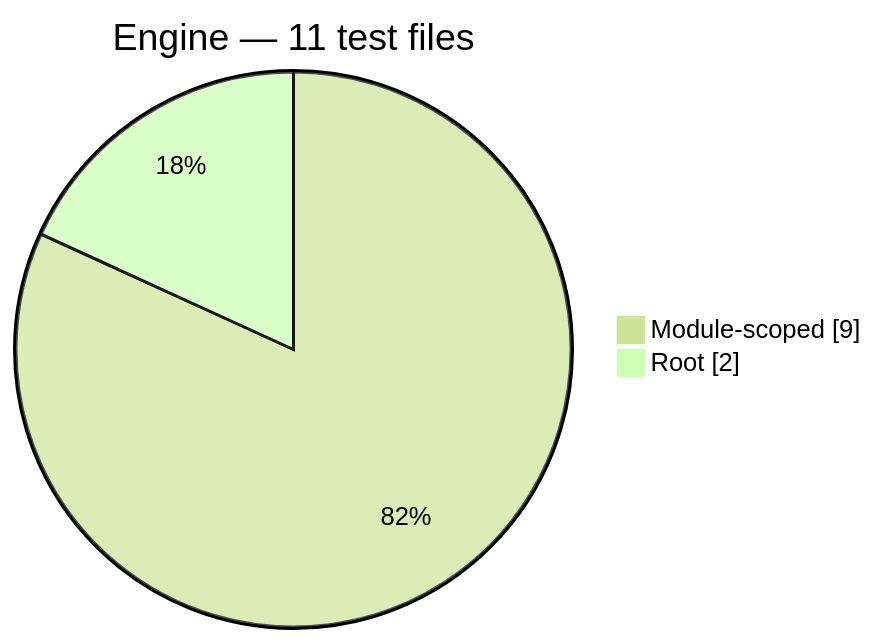
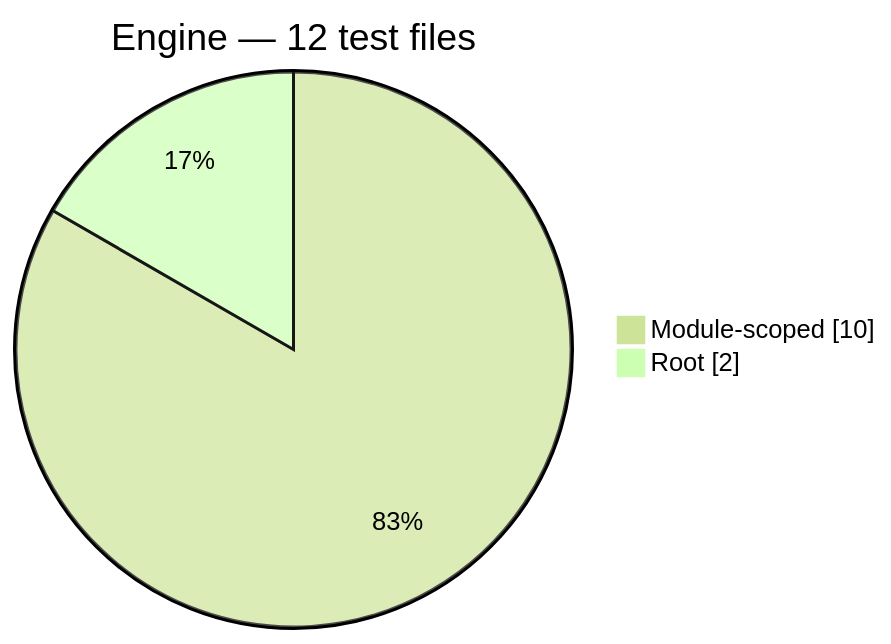
One commit to Mohammed-Alama/php-arazzo changed the sixth of 13 diagrams in docs/generated/test-composition.md. Above: the diagram before and after it, drawn with Mermaid (forest theme). The commit also changed other lines of this file and 12 other files, not shown here.

````diff
--- a/docs/generated/test-composition.md
+++ b/docs/generated/test-composition.md
@@ -88,6 +88,6 @@
 ```mermaid
 pie showData
-    title Engine — 11 test files
-    "Module-scoped": 9
+    title Engine — 12 test files
+    "Module-scoped": 10
     "Root": 2
 ```
````
